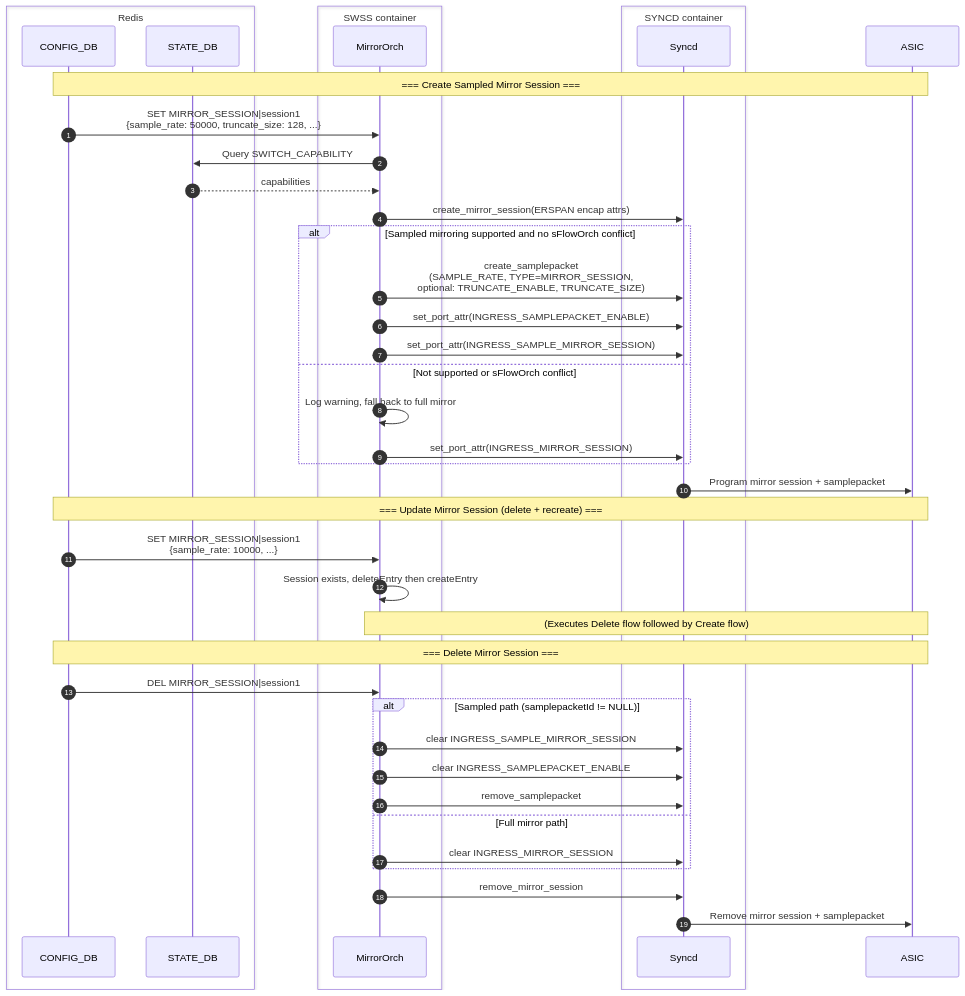
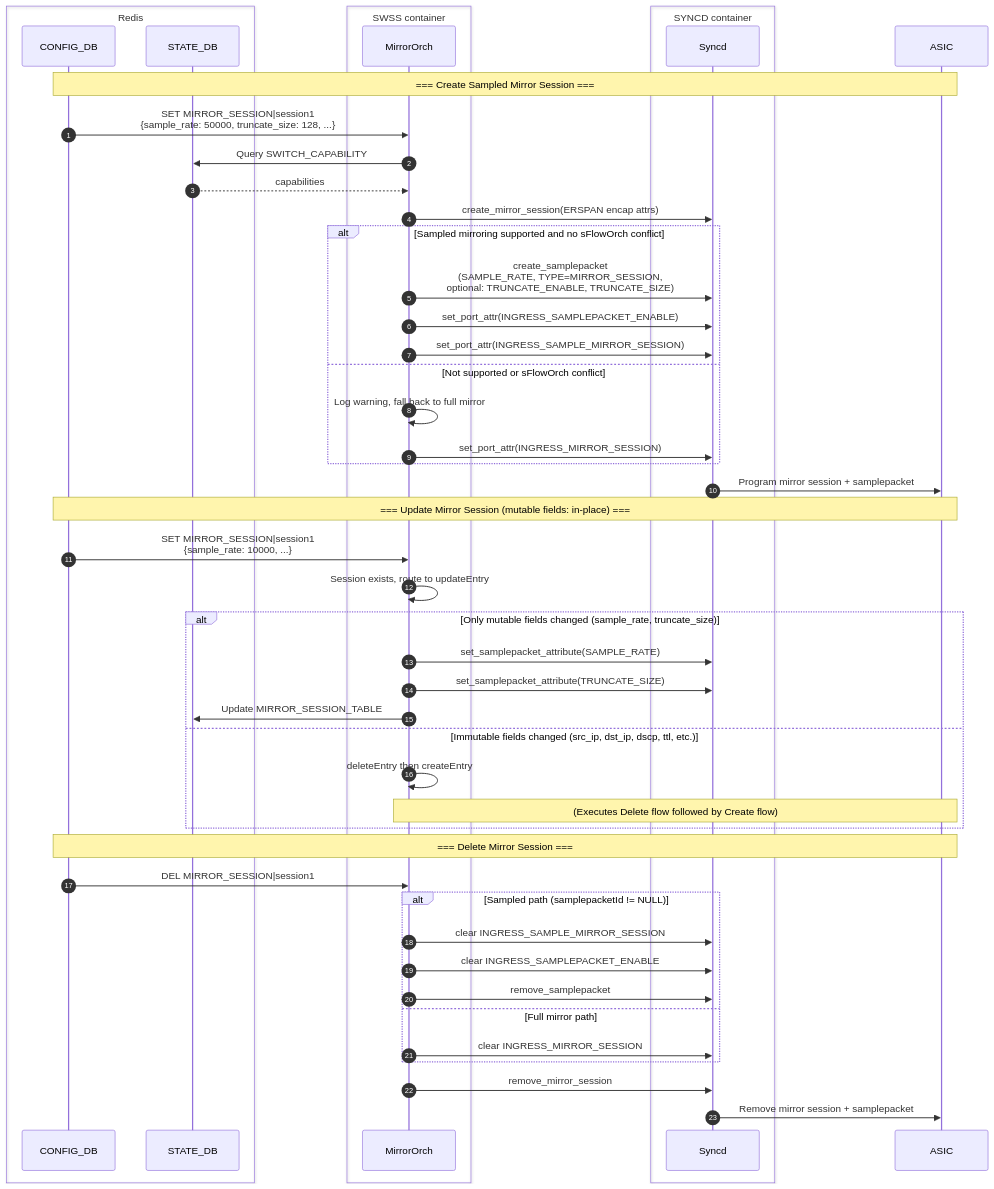
One commit to sonic-net/SONiC changed the third of 3 diagrams in doc/port-mirroring/SONiC_Port_Mirroring_HLD.md. Above: the diagram before and after it, drawn with Mermaid. The commit also changed other lines of this file, not shown here.

Commit message:
Update HLD: document in-place update for mutable fields
Clarify that updateEntry distinguishes mutable fields (sample_rate,
truncate_size) which are updated in-place via set_samplepacket_attribute,
from immutable fields (src_ip, dst_ip, dscp, etc.) which require
delete+recreate. Update sequence diagram accordingly.

````diff
--- a/doc/port-mirroring/SONiC_Port_Mirroring_HLD.md
+++ b/doc/port-mirroring/SONiC_Port_Mirroring_HLD.md
@@ -758,44 +761,51 @@
 ```mermaid
 sequenceDiagram
      autonumber
      box Redis
          participant config_db as CONFIG_DB
          participant state_db as STATE_DB
      end
      box SWSS container
          participant mirror_orch as MirrorOrch
      end
      box SYNCD container
          participant syncd as Syncd
      end
      participant asic as ASIC
      Note over config_db,asic: === Create Sampled Mirror Session ===
      config_db ->> mirror_orch: SET MIRROR_SESSION|session1<br/>{sample_rate: 50000, truncate_size: 128, ...}
      mirror_orch ->> state_db: Query SWITCH_CAPABILITY
      state_db -->> mirror_orch: capabilities
      mirror_orch ->> syncd: create_mirror_session(ERSPAN encap attrs)
      alt Sampled mirroring supported and no sFlowOrch conflict
          mirror_orch ->> syncd: create_samplepacket<br/>(SAMPLE_RATE, TYPE=MIRROR_SESSION,<br/>optional: TRUNCATE_ENABLE, TRUNCATE_SIZE)
          mirror_orch ->> syncd: set_port_attr(INGRESS_SAMPLEPACKET_ENABLE)
          mirror_orch ->> syncd: set_port_attr(INGRESS_SAMPLE_MIRROR_SESSION)
      else Not supported or sFlowOrch conflict
          mirror_orch ->> mirror_orch: Log warning, fall back to full mirror
          mirror_orch ->> syncd: set_port_attr(INGRESS_MIRROR_SESSION)
      end
      syncd ->> asic: Program mirror session + samplepacket
-     Note over config_db,asic: === Update Mirror Session (delete + recreate) ===
+     Note over config_db,asic: === Update Mirror Session (mutable fields: in-place) ===
      config_db ->> mirror_orch: SET MIRROR_SESSION|session1<br/>{sample_rate: 10000, ...}
-     mirror_orch ->> mirror_orch: Session exists, deleteEntry then createEntry
-     Note over mirror_orch,asic: (Executes Delete flow followed by Create flow)
+     mirror_orch ->> mirror_orch: Session exists, route to updateEntry
+     alt Only mutable fields changed (sample_rate, truncate_size)
+         mirror_orch ->> syncd: set_samplepacket_attribute(SAMPLE_RATE)
+         mirror_orch ->> syncd: set_samplepacket_attribute(TRUNCATE_SIZE)
+         mirror_orch ->> state_db: Update MIRROR_SESSION_TABLE
+     else Immutable fields changed (src_ip, dst_ip, dscp, ttl, etc.)
+         mirror_orch ->> mirror_orch: deleteEntry then createEntry
+         Note over mirror_orch,asic: (Executes Delete flow followed by Create flow)
+     end
      Note over config_db,asic: === Delete Mirror Session ===
      config_db ->> mirror_orch: DEL MIRROR_SESSION|session1
      alt Sampled path (samplepacketId != NULL)
          mirror_orch ->> syncd: clear INGRESS_SAMPLE_MIRROR_SESSION
          mirror_orch ->> syncd: clear INGRESS_SAMPLEPACKET_ENABLE
          mirror_orch ->> syncd: remove_samplepacket
      else Full mirror path
          mirror_orch ->> syncd: clear INGRESS_MIRROR_SESSION
      end
      mirror_orch ->> syncd: remove_mirror_session
      syncd ->> asic: Remove mirror session + samplepacket
 ```
````
